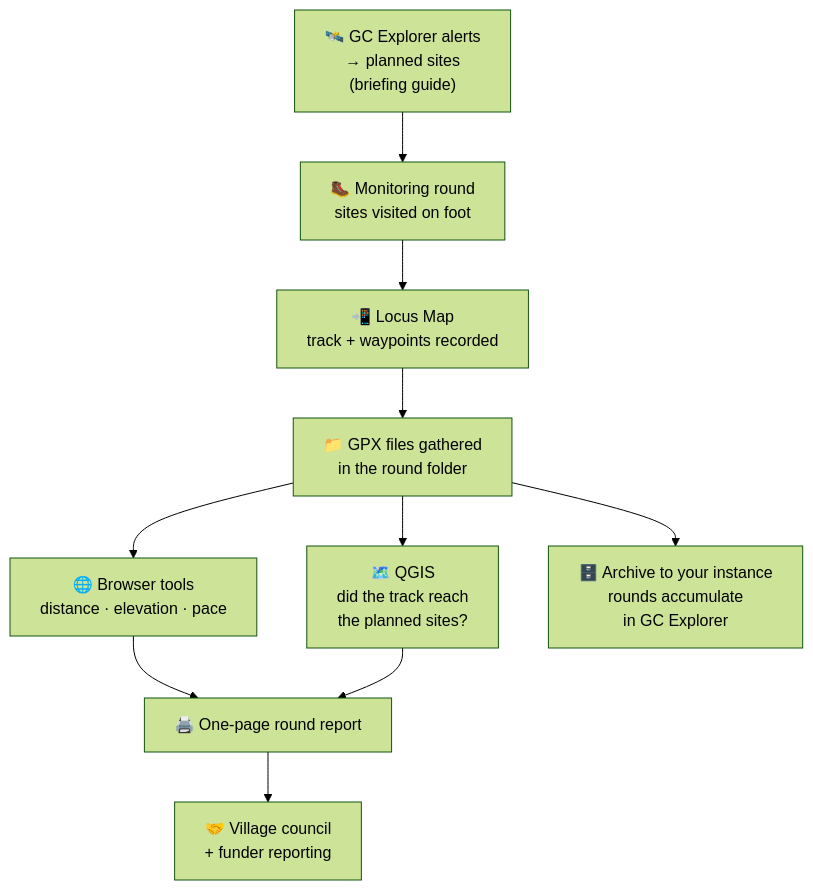
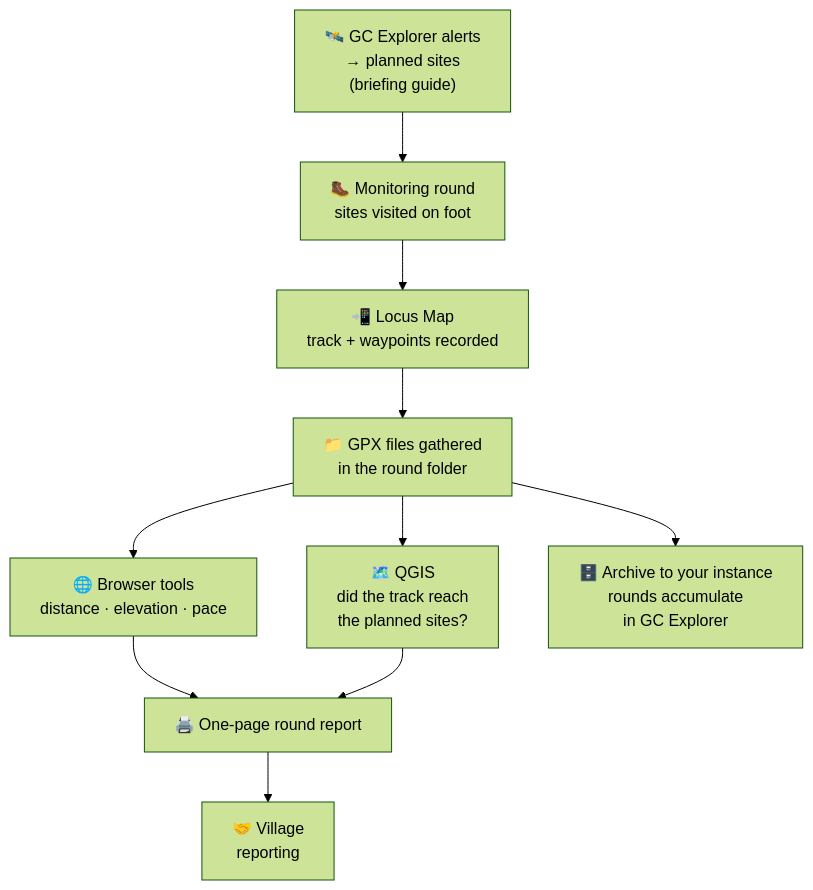
The diagram in docs/guides/land-monitoring/guide-monitoring-round-reports/index.md (ConservationMetrics/gc-docs), drawn with Mermaid (forest theme) before and after one commit. The commit also changed other lines of this file and 1 other file, not shown here.

````diff
--- a/docs/guides/land-monitoring/guide-monitoring-round-reports/index.md
+++ b/docs/guides/land-monitoring/guide-monitoring-round-reports/index.md
@@ -17,12 +17,12 @@
 ```mermaid
 flowchart TD
     A["🛰️ GC Explorer alerts<br/>→ planned sites<br/>(briefing guide)"] --> B["🥾 Monitoring round<br/>sites visited on foot"]
     B --> C["📲 Locus Map<br/>track + waypoints recorded"]
     C --> D["📁 GPX files gathered<br/>in the round folder"]
     D --> E["🌐 Browser tools<br/>distance · elevation · pace"]
     D --> F["🗺️ QGIS<br/>did the track reach<br/>the planned sites?"]
     E --> G["🖨️ One-page round report"]
     F --> G
-    G --> H["🤝 Village council<br/>+ funder reporting"]
+    G --> H["🤝 Village <br/> reporting"]
     D --> I["🗄️ Archive to your instance<br/>rounds accumulate<br/>in GC Explorer"]
 ```
````
